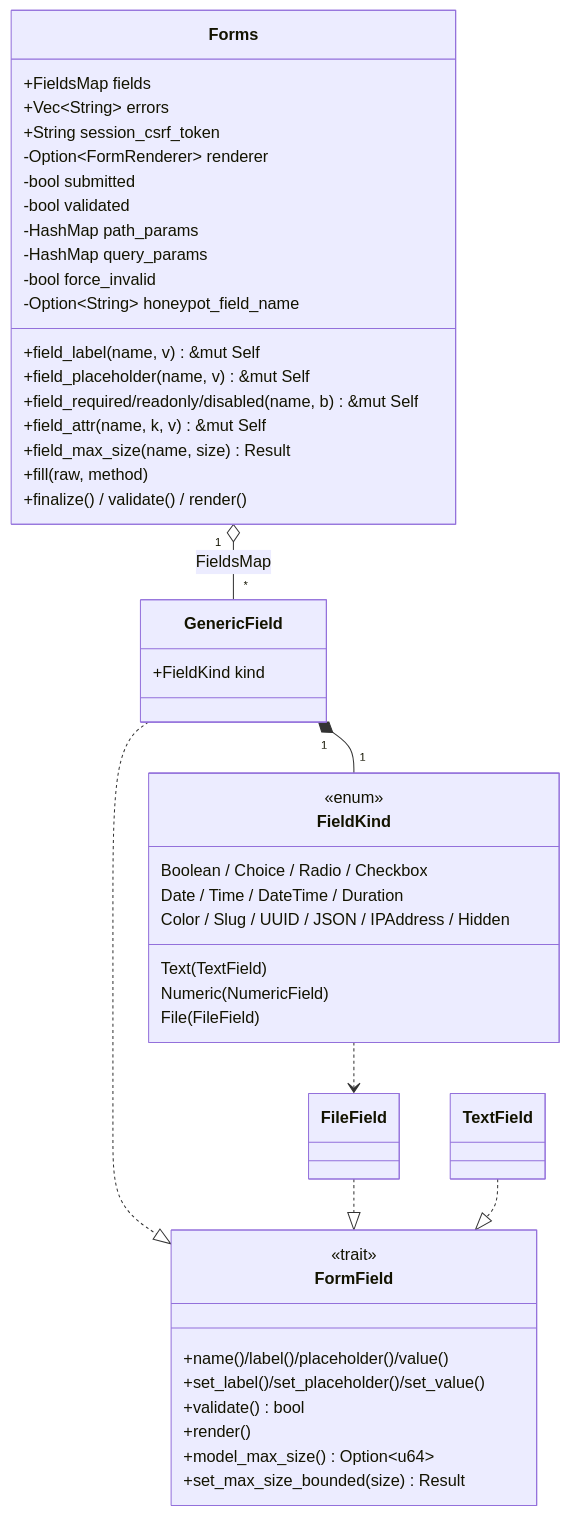
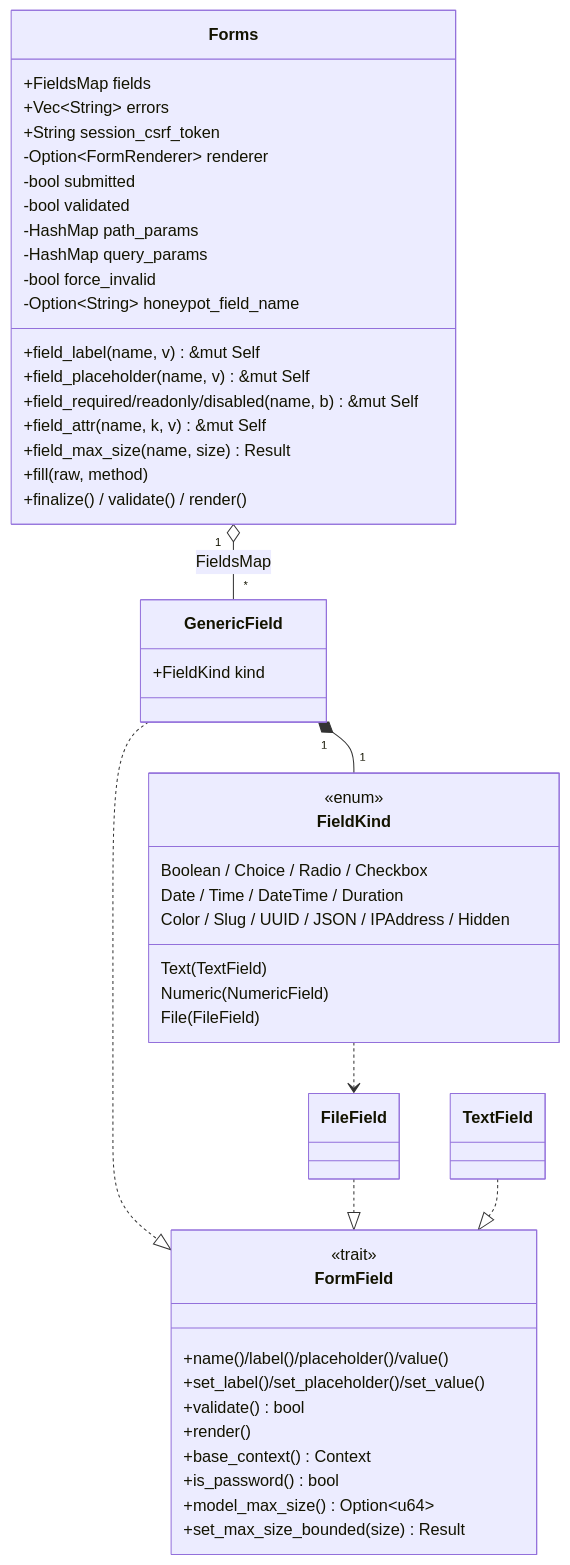
Before and after one commit to seb-alliot/runique: the first of 2 diagrams in diagramme/uml/forms/formulaires.md, drawn with Mermaid. The commit also changed other lines of this file and 87 other files, not shown here.

````diff
--- a/diagramme/uml/forms/formulaires.md
+++ b/diagramme/uml/forms/formulaires.md
@@ -8,49 +8,51 @@
 ```mermaid
 classDiagram
     class Forms {
         +FieldsMap fields
         +Vec~String~ errors
         +String session_csrf_token
         -Option~FormRenderer~ renderer
         -bool submitted
         -bool validated
         -HashMap path_params
         -HashMap query_params
         -bool force_invalid
         -Option~String~ honeypot_field_name
         +field_label(name, v) &mut Self
         +field_placeholder(name, v) &mut Self
         +field_required/readonly/disabled(name, b) &mut Self
         +field_attr(name, k, v) &mut Self
         +field_max_size(name, size) Result
         +fill(raw, method)
         +finalize() / validate() / render()
     }
     class FormField {
         <<trait>>
         +name()/label()/placeholder()/value()
         +set_label()/set_placeholder()/set_value()
         +validate() bool
         +render()
+        +base_context() Context
+        +is_password() bool
         +model_max_size() Option~u64~
         +set_max_size_bounded(size) Result
     }
     class GenericField {
         +FieldKind kind
     }
     class FieldKind {
         <<enum>>
         Text(TextField)
         Numeric(NumericField)
         File(FileField)
         Boolean / Choice / Radio / Checkbox
         Date / Time / DateTime / Duration
         Color / Slug / UUID / JSON / IPAddress / Hidden
     }
     Forms "1" o-- "*" GenericField : FieldsMap
     GenericField "1" *-- "1" FieldKind
     GenericField ..|> FormField
     FieldKind ..> FileField
     FileField ..|> FormField
     TextField ..|> FormField
 ```
````
